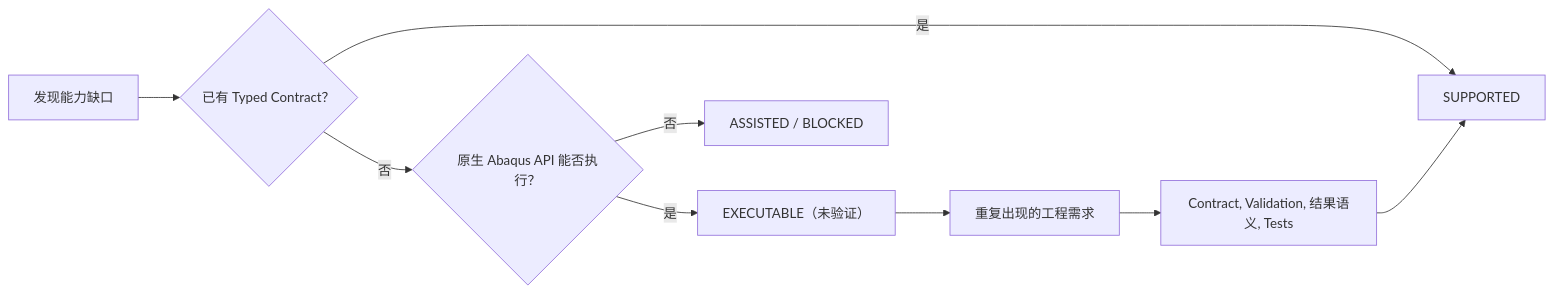
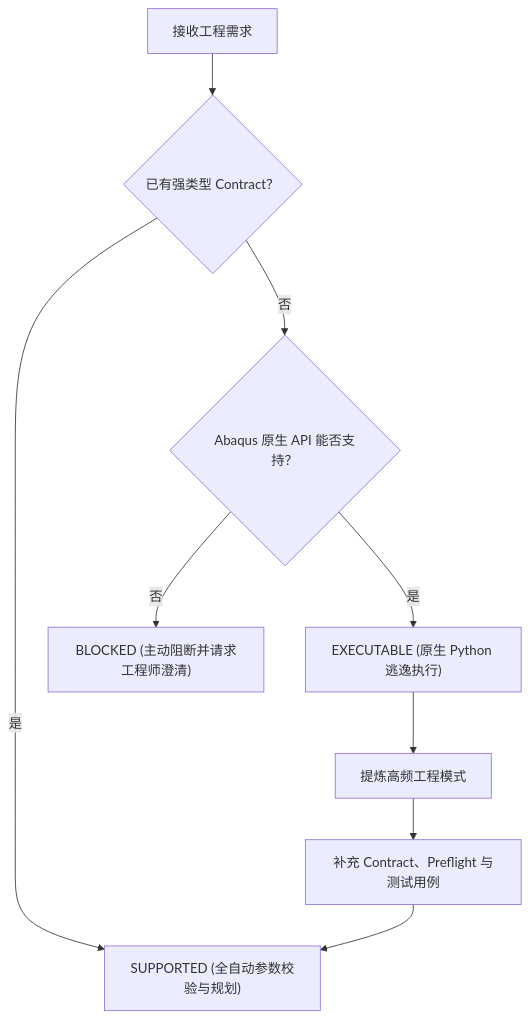
One commit to chenlei-gh/Abaqus-AI-Agent changed the third of 3 diagrams in README_CN.md. Above: the diagram before and after it, drawn with Mermaid. The commit also changed other lines of this file and 5 other files, not shown here.

First line of the commit message:
Optimize diagram rendering for mobile devices

````diff
--- a/README_CN.md
+++ b/README_CN.md
@@ -172,11 +241,11 @@
 ```mermaid
-flowchart LR
-    D["发现能力缺口"] --> T{"已有 Typed Contract？"}
-    T -->|是| S["SUPPORTED"]
-    T -->|否| P{"原生 Abaqus API 能否执行？"}
-    P -->|是| X["EXECUTABLE（未验证）"]
-    P -->|否| A["ASSISTED / BLOCKED"]
-    X --> H["重复出现的工程需求"]
-    H --> C["Contract, Validation, 结果语义, Tests"]
+flowchart TD
+    D["接收工程需求"] --> T{"已有强类型 Contract？"}
+    T -->|是| S["SUPPORTED (全自动参数校验与规划)"]
+    T -->|否| P{"Abaqus 原生 API 能否支持？"}
+    P -->|是| X["EXECUTABLE (原生 Python 逃逸执行)"]
+    P -->|否| A["BLOCKED (主动阻断并请求工程师澄清)"]
+    X --> H["提炼高频工程模式"]
+    H --> C["补充 Contract、Preflight 与测试用例"]
     C --> S
 ```
````
